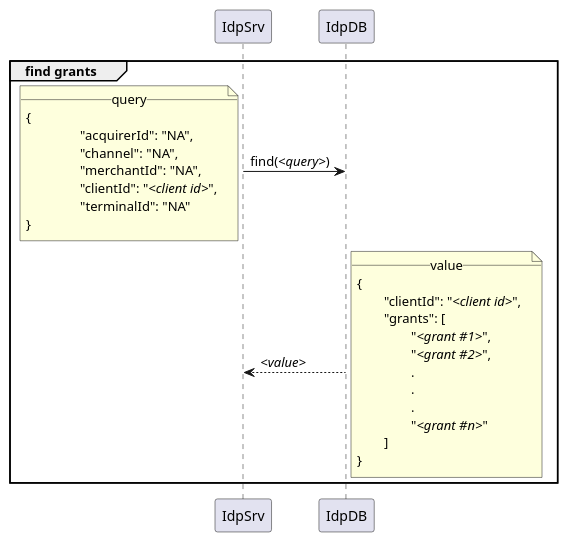
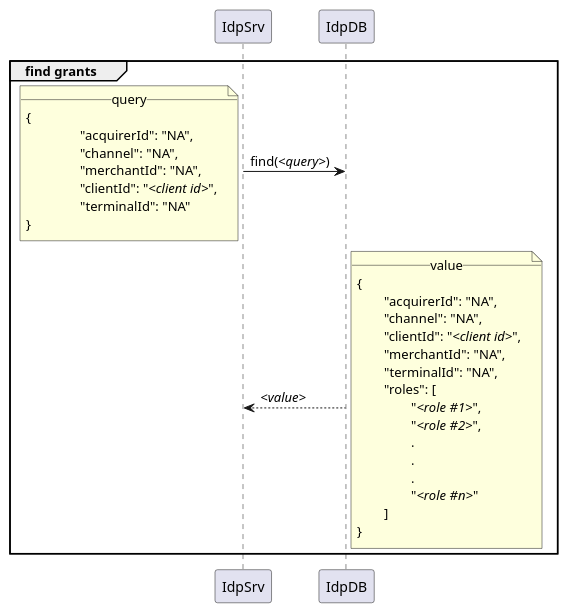
Before and after one commit to pagopa/mil-diags: the diagram in sequence_diags/auth/other_server_app/find_grants.puml, drawn with PlantUML. The commit also changed 16 other files, not shown here.

```diff
--- a/sequence_diags/auth/other_server_app/find_grants.puml
+++ b/sequence_diags/auth/other_server_app/find_grants.puml
@@ -1,31 +1,35 @@
 @startuml
 group find grants
 	IdpSrv -> IdpDB : find(//<query>//)
 		note left
 			__query__
 			{
 					"acquirerId": "NA",
 					"channel": "NA",
 					"merchantId": "NA",
 					"clientId": "//<client id>//",
 					"terminalId": "NA"
 			}
 		end note
 		
 	IdpDB --> IdpSrv : //<value>//
 		note right
 			__value__
 			{
+				"acquirerId": "NA",
+				"channel": "NA",
 				"clientId": "//<client id>//",
-				"grants": [
-					"//<grant #1>//",
-					"//<grant #2>//",
+				"merchantId": "NA",
+				"terminalId": "NA",
+				"roles": [
+					"//<role #1>//",
+					"//<role #2>//",
 					.
 					.
 					.
-					"//<grant #n>//"
+					"//<role #n>//"
 				]
 			}
 		end note
 end
 @enduml
```
